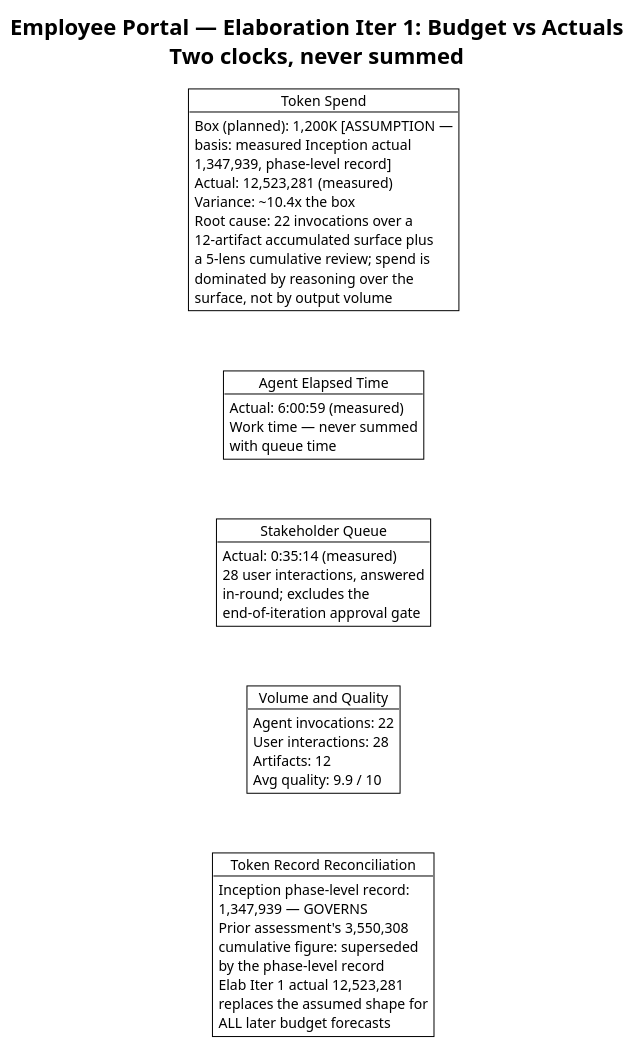
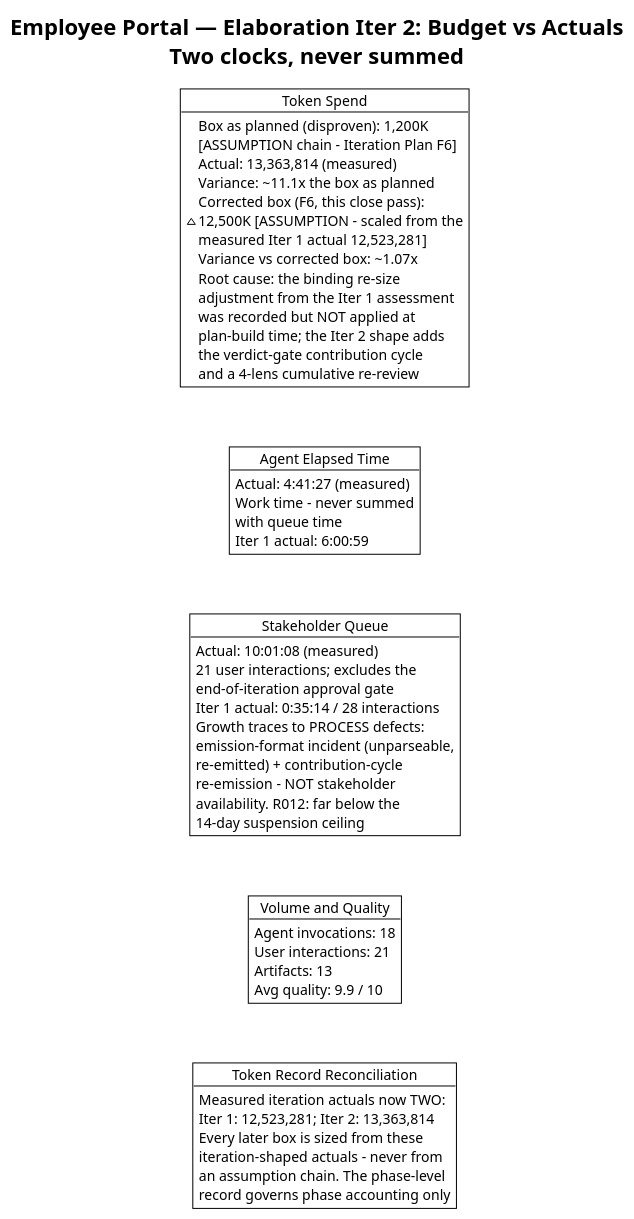
Before and after one commit to banense-test/employee-portal: the second of 4 diagrams in docs/artifacts/project-management/iteration-assessment.md, drawn with PlantUML. The commit also changed other lines of this file, not shown here.

First line of the commit message:
Project Manager [E2]: upsert Iteration Assessment

````diff
--- a/docs/artifacts/project-management/iteration-assessment.md
+++ b/docs/artifacts/project-management/iteration-assessment.md
@@ -79,50 +103,59 @@
 ```plantuml
 @startuml
 !theme plain
-title Employee Portal — Elaboration Iter 1: Budget vs Actuals\nTwo clocks, never summed
+title Employee Portal — Elaboration Iter 2: Budget vs Actuals\nTwo clocks, never summed
 
 object "Token Spend" as TS {
-  Box (planned): 1,200K [ASSUMPTION —
-  basis: measured Inception actual
-  1,347,939, phase-level record]
-  Actual: 12,523,281 (measured)
-  Variance: ~10.4x the box
-  Root cause: 22 invocations over a
-  12-artifact accumulated surface plus
-  a 5-lens cumulative review; spend is
-  dominated by reasoning over the
-  surface, not by output volume
+  Box as planned (disproven): 1,200K
+  [ASSUMPTION chain - Iteration Plan F6]
+  Actual: 13,363,814 (measured)
+  Variance: ~11.1x the box as planned
+  Corrected box (F6, this close pass):
+  ~12,500K [ASSUMPTION - scaled from the
+  measured Iter 1 actual 12,523,281]
+  Variance vs corrected box: ~1.07x
+  Root cause: the binding re-size
+  adjustment from the Iter 1 assessment
+  was recorded but NOT applied at
+  plan-build time; the Iter 2 shape adds
+  the verdict-gate contribution cycle
+  and a 4-lens cumulative re-review
 }
 object "Agent Elapsed Time" as AET {
-  Actual: 6:00:59 (measured)
-  Work time — never summed
+  Actual: 4:41:27 (measured)
+  Work time - never summed
   with queue time
+  Iter 1 actual: 6:00:59
 }
 object "Stakeholder Queue" as HGQ {
-  Actual: 0:35:14 (measured)
-  28 user interactions, answered
-  in-round; excludes the
+  Actual: 10:01:08 (measured)
+  21 user interactions; excludes the
   end-of-iteration approval gate
+  Iter 1 actual: 0:35:14 / 28 interactions
+  Growth traces to PROCESS defects:
+  emission-format incident (unparseable,
+  re-emitted) + contribution-cycle
+  re-emission - NOT stakeholder
+  availability. R012: far below the
+  14-day suspension ceiling
 }
 object "Volume and Quality" as VOL {
-  Agent invocations: 22
-  User interactions: 28
-  Artifacts: 12
+  Agent invocations: 18
+  User interactions: 21
+  Artifacts: 13
   Avg quality: 9.9 / 10
 }
 object "Token Record Reconciliation" as REC {
-  Inception phase-level record:
-  1,347,939 — GOVERNS
-  Prior assessment's 3,550,308
-  cumulative figure: superseded
-  by the phase-level record
-  Elab Iter 1 actual 12,523,281
-  replaces the assumed shape for
-  ALL later budget forecasts
+  Measured iteration actuals now TWO:
+  Iter 1: 12,523,281; Iter 2: 13,363,814
+  Every later box is sized from these
+  iteration-shaped actuals - never from
+  an assumption chain. The phase-level
+  record governs phase accounting only
 }
 TS -[hidden]-> AET
 AET -[hidden]-> HGQ
 HGQ -[hidden]-> VOL
 VOL -[hidden]-> REC
 @enduml
 ```
````
